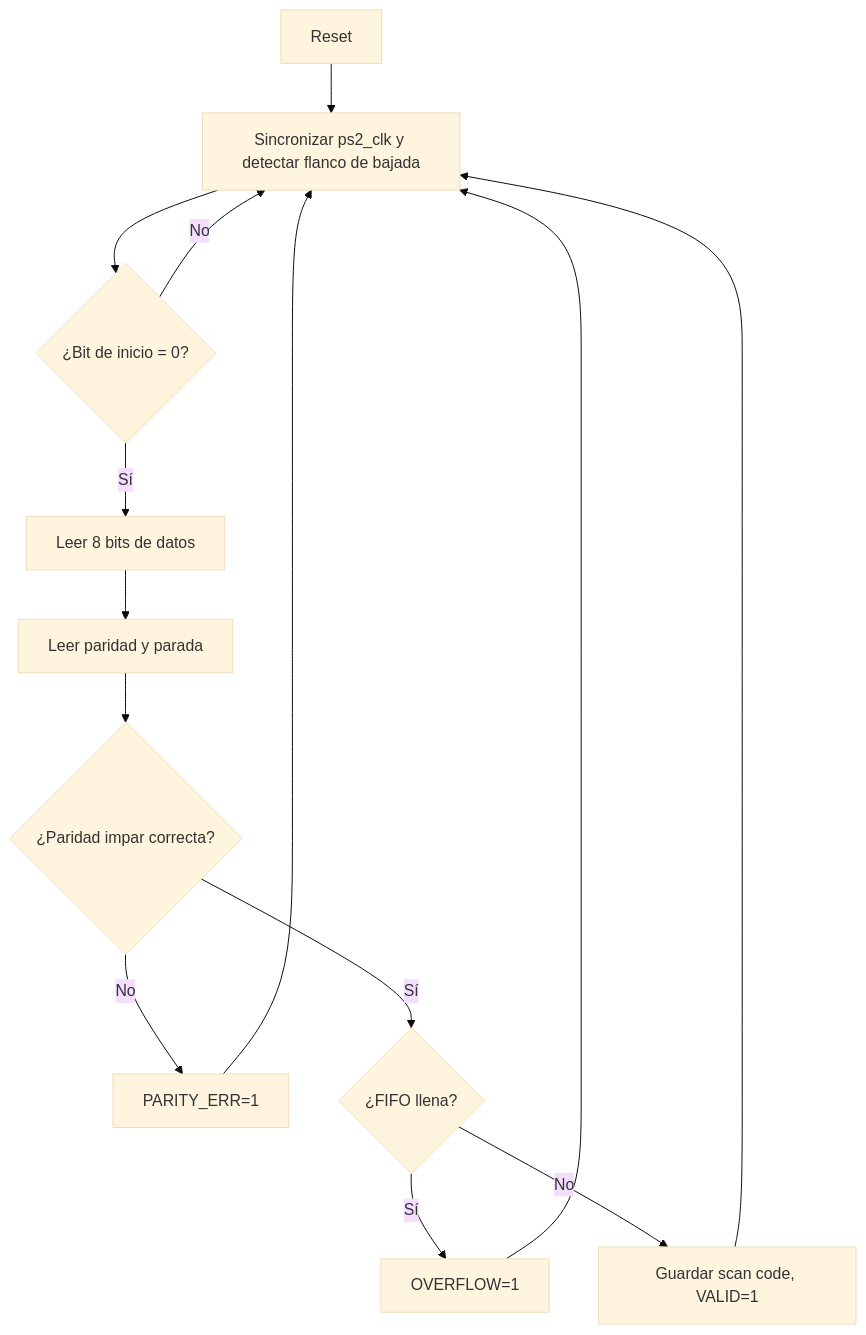
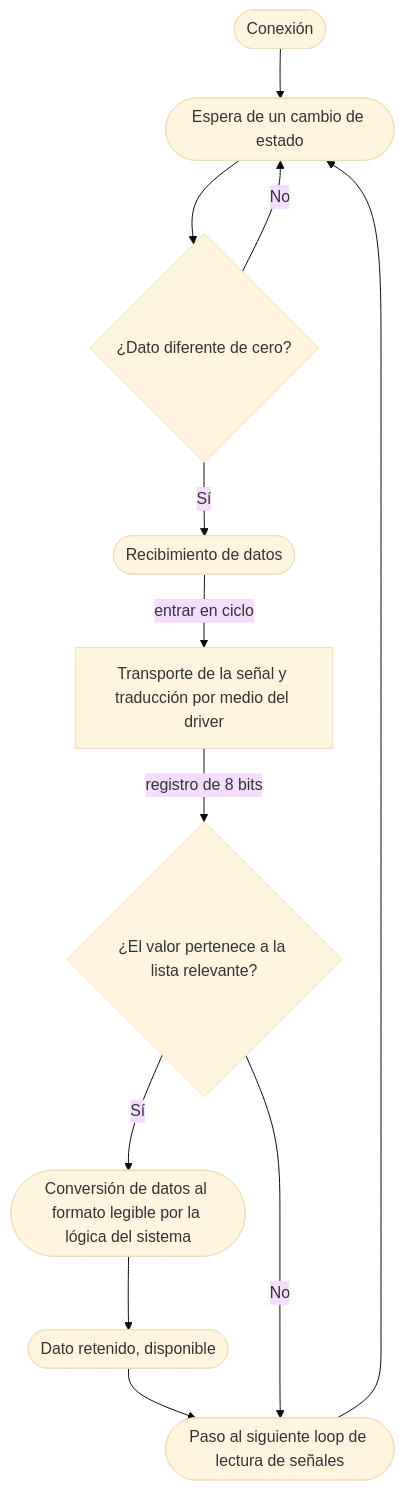
The second of 2 diagrams in cores/ps2_keyboard/diagramas/README.md (wwilchesc/Proyecto-Digital-1-v2), drawn with Mermaid (base theme) before and after one commit. The commit also changed other lines of this file and 33 other files, not shown here.

````diff
--- a/cores/ps2_keyboard/diagramas/README.md
+++ b/cores/ps2_keyboard/diagramas/README.md
@@ -17,16 +19,14 @@
 ```mermaid
 flowchart TD
-    A[Reset] --> B[Sincronizar ps2_clk y detectar flanco de bajada]
-    B --> C{¿Bit de inicio = 0?}
+    A([Conexión]) --> B([Espera de un cambio de estado])
+    B --> C{¿Dato diferente de cero?}
     C -- No --> B
-    C -- Sí --> D[Leer 8 bits de datos]
-    D --> E[Leer paridad y parada]
-    E --> F{¿Paridad impar correcta?}
-    F -- No --> G[PARITY_ERR=1]
-    F -- Sí --> H{¿FIFO llena?}
-    H -- Sí --> I[OVERFLOW=1]
-    H -- No --> J[Guardar scan code, VALID=1]
-    G --> B
+    C -- Sí --> D([Recibimiento de datos])
+    D -- entrar en ciclo --> E[Transporte de la señal y traducción por medio del driver]
+    E -- registro de 8 bits --> F{¿El valor pertenece a la lista relevante?}
+    F -- Sí --> G([Conversión de datos al formato legible por la lógica del sistema])
+    G --> H([Dato retenido, disponible])
+    H --> I([Paso al siguiente loop de lectura de señales])
+    F -- No --> I
     I --> B
-    J --> B
 ```
````
